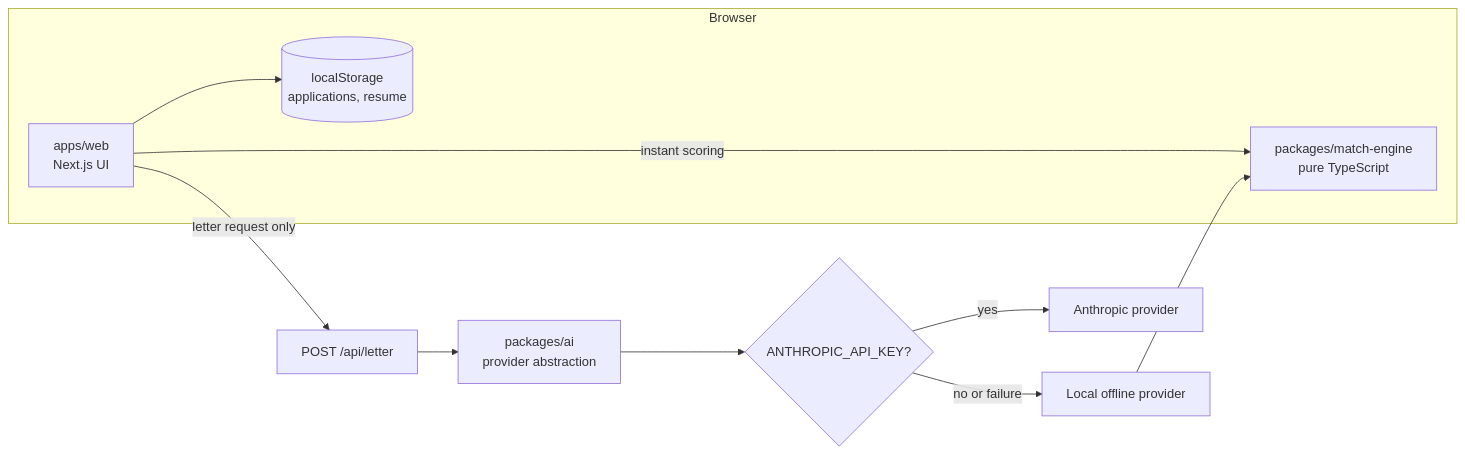
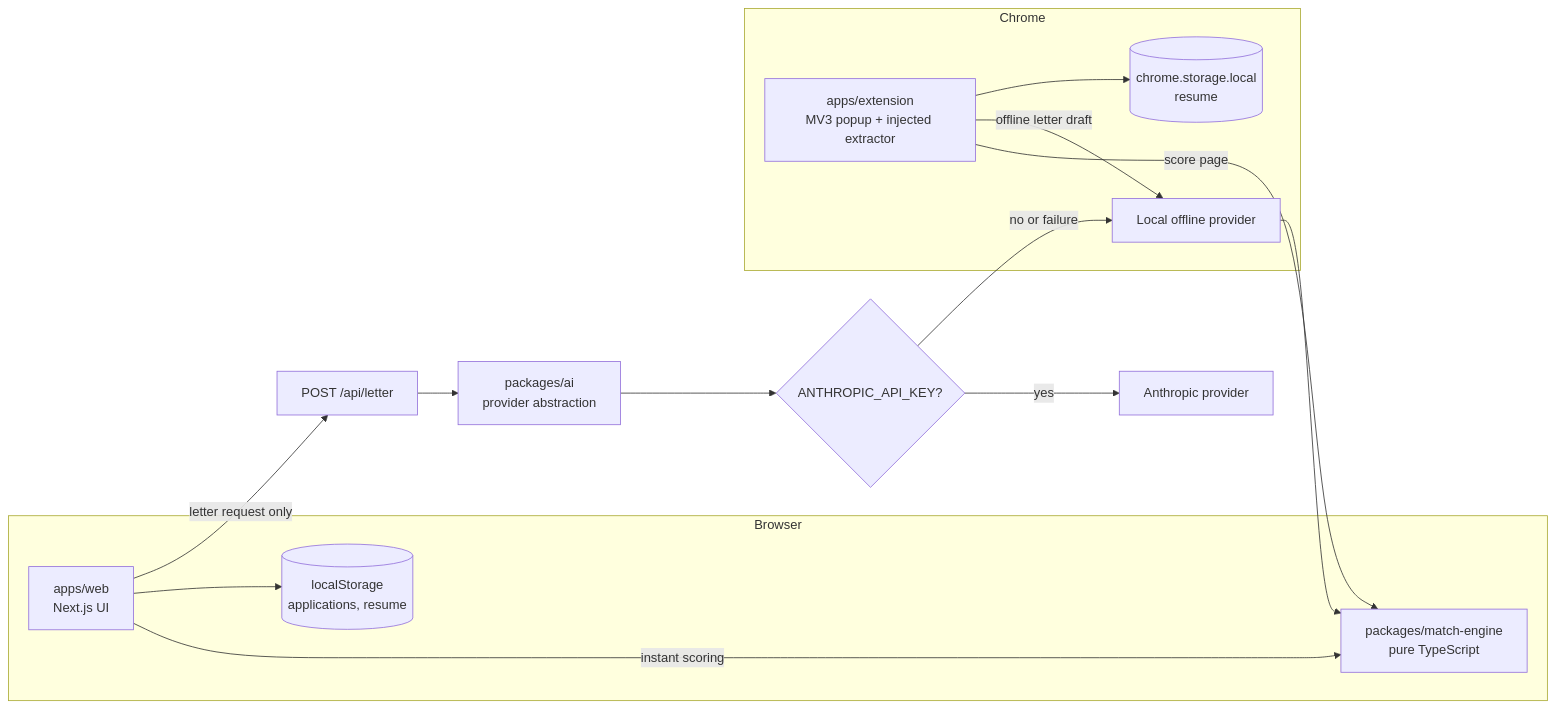
The diagram in README.md (Zoriyonz/waypoint-job-tracker), drawn with Mermaid before and after one commit. The commit also changed other lines of this file, not shown here.

````diff
--- a/README.md
+++ b/README.md
@@ -48,13 +51,18 @@
 ```mermaid
 flowchart LR
     subgraph Browser
         UI[apps/web<br/>Next.js UI] -->|instant scoring| ME[packages/match-engine<br/>pure TypeScript]
         UI --> LS[(localStorage<br/>applications, resume)]
+    end
+    subgraph Chrome
+        X[apps/extension<br/>MV3 popup + injected extractor] -->|score page| ME
+        X -->|offline letter draft| L
+        X --> CS[(chrome.storage.local<br/>resume)]
     end
     UI -->|letter request only| API[POST /api/letter]
     API --> AI[packages/ai<br/>provider abstraction]
     AI --> K{ANTHROPIC_API_KEY?}
     K -->|yes| H[Anthropic provider]
     K -->|no or failure| L[Local offline provider]
     L --> ME
 ```
````
